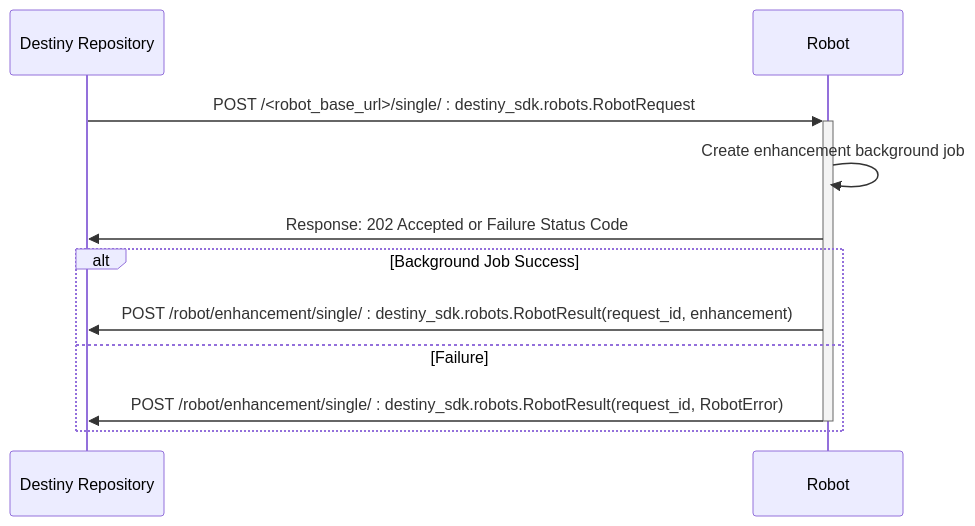
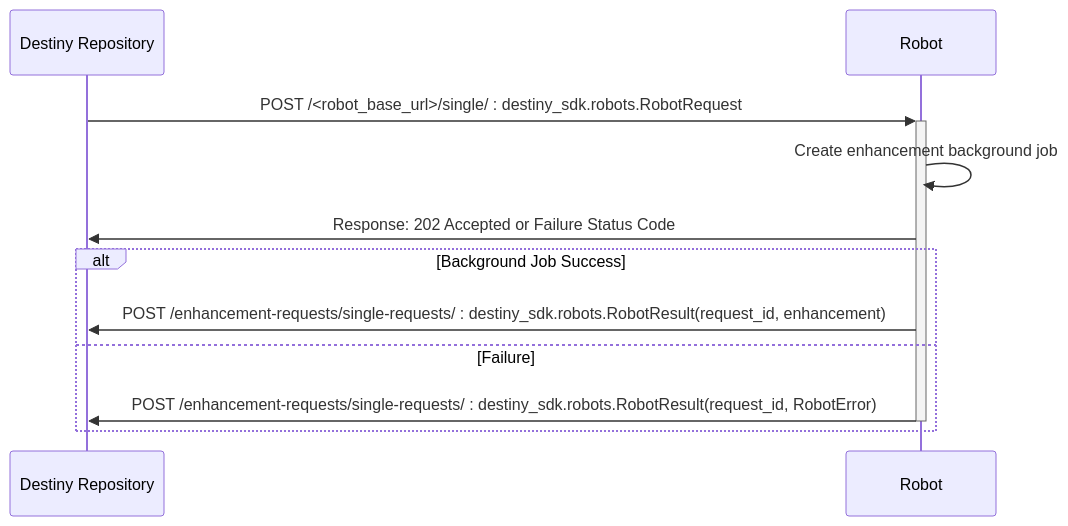
The first of 2 diagrams in README.md (destiny-evidence/fetch-abstracts-robot), drawn with Mermaid before and after one commit. The commit also changed other lines of this file and 2 other files, not shown here.

Commit message:
upgrade destiny sdk to v0.2 (#18)
* upgrade destiny sdk to v0.2

* fix linting

* fixed readme api urls

````diff
--- a/README.md
+++ b/README.md
@@ -55,13 +55,13 @@
 ```mermaid
     sequenceDiagram
         participant Destiny Repository
         participant Robot
         Destiny Repository->>+Robot: POST /<robot_base_url>/single/ : destiny_sdk.robots.RobotRequest
         Robot->>Robot: Create enhancement background job
         Robot->>Destiny Repository: Response: 202 Accepted or Failure Status Code
         alt Background Job Success
-            Robot->>Destiny Repository: POST /robot/enhancement/single/ : destiny_sdk.robots.RobotResult(request_id, enhancement)
+            Robot->>Destiny Repository: POST /enhancement-requests/single-requests/ : destiny_sdk.robots.RobotResult(request_id, enhancement)
         else Failure
-            Robot->>-Destiny Repository: POST /robot/enhancement/single/ : destiny_sdk.robots.RobotResult(request_id, RobotError)
+            Robot->>-Destiny Repository: POST /enhancement-requests/single-requests/ : destiny_sdk.robots.RobotResult(request_id, RobotError)
         end
 ```
````
